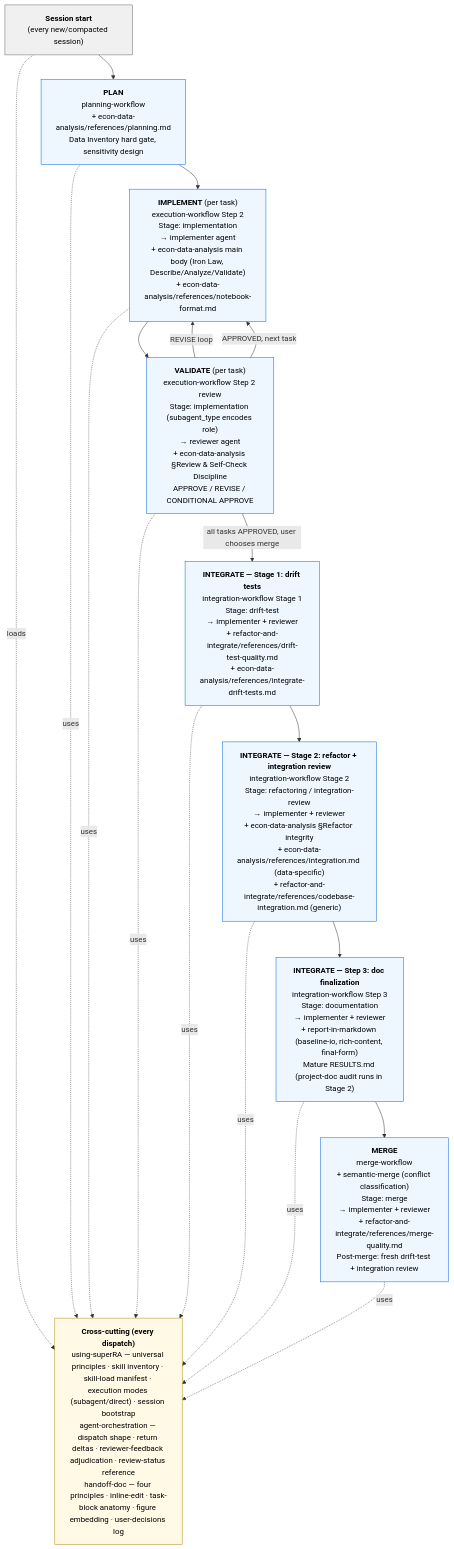
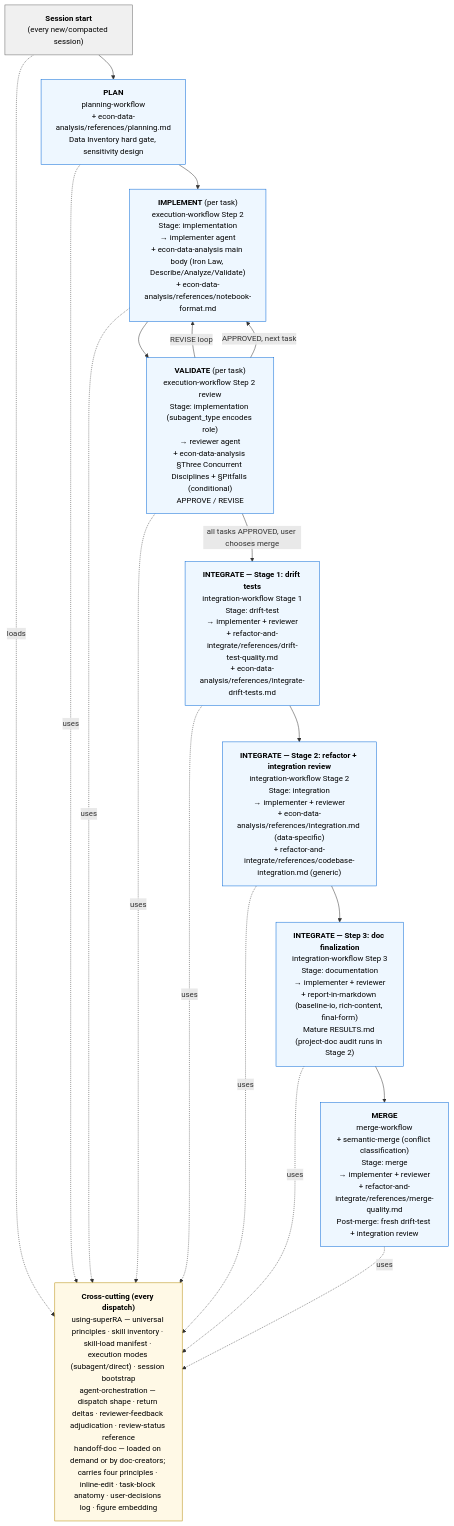
Before and after one commit to FuZhiyu/superRA: the diagram in README.md, drawn with Mermaid. The commit also changed other lines of this file and 15 other files, not shown here.

````diff
--- a/README.md
+++ b/README.md
@@ -49,45 +49,45 @@
 ```mermaid
 flowchart TB
     SESSION["<b>Session start</b><br/>(every new/compacted session)"]
     SESSION --> PLAN
 
     PLAN["<b>PLAN</b><br/>planning-workflow<br/>+ econ-data-analysis/references/planning.md<br/>Data Inventory hard gate, sensitivity design"]
     PLAN --> IMPL
 
     IMPL["<b>IMPLEMENT</b> (per task)<br/>execution-workflow Step 2<br/>Stage: implementation<br/>→ implementer agent<br/>+ econ-data-analysis main body (Iron Law, Describe/Analyze/Validate)<br/>+ econ-data-analysis/references/notebook-format.md"]
     IMPL --> VAL
 
-    VAL["<b>VALIDATE</b> (per task)<br/>execution-workflow Step 2 review<br/>Stage: implementation (subagent_type encodes role)<br/>→ reviewer agent<br/>+ econ-data-analysis §Review &amp; Self-Check Discipline<br/>APPROVE / REVISE / CONDITIONAL APPROVE"]
+    VAL["<b>VALIDATE</b> (per task)<br/>execution-workflow Step 2 review<br/>Stage: implementation (subagent_type encodes role)<br/>→ reviewer agent<br/>+ econ-data-analysis §Three Concurrent Disciplines + §Pitfalls (conditional)<br/>APPROVE / REVISE"]
     VAL -->|REVISE loop| IMPL
     VAL -->|APPROVED, next task| IMPL
     VAL -->|all tasks APPROVED, user chooses merge| INT1
 
     INT1["<b>INTEGRATE — Stage 1: drift tests</b><br/>integration-workflow Stage 1<br/>Stage: drift-test<br/>→ implementer + reviewer<br/>+ refactor-and-integrate/references/drift-test-quality.md<br/>+ econ-data-analysis/references/integrate-drift-tests.md"]
     INT1 --> INT2
 
-    INT2["<b>INTEGRATE — Stage 2: refactor + integration review</b><br/>integration-workflow Stage 2<br/>Stage: refactoring / integration-review<br/>→ implementer + reviewer<br/>+ econ-data-analysis §Refactor integrity<br/>+ econ-data-analysis/references/integration.md (data-specific)<br/>+ refactor-and-integrate/references/codebase-integration.md (generic)"]
+    INT2["<b>INTEGRATE — Stage 2: refactor + integration review</b><br/>integration-workflow Stage 2<br/>Stage: integration<br/>→ implementer + reviewer<br/>+ econ-data-analysis/references/integration.md (data-specific)<br/>+ refactor-and-integrate/references/codebase-integration.md (generic)"]
     INT2 --> INT3
 
     INT3["<b>INTEGRATE — Step 3: doc finalization</b><br/>integration-workflow Step 3<br/>Stage: documentation<br/>→ implementer + reviewer<br/>+ report-in-markdown (baseline-io, rich-content, final-form)<br/>Mature RESULTS.md (project-doc audit runs in Stage 2)"]
     INT3 --> MERGE
 
     MERGE["<b>MERGE</b><br/>merge-workflow<br/>+ semantic-merge (conflict classification)<br/>Stage: merge<br/>→ implementer + reviewer<br/>+ refactor-and-integrate/references/merge-quality.md<br/>Post-merge: fresh drift-test + integration review"]
 
-    CROSS["<b>Cross-cutting (every dispatch)</b><br/>using-superRA — universal principles · skill inventory · skill-load manifest · execution modes (subagent/direct) · session bootstrap<br/>agent-orchestration — dispatch shape · return deltas · reviewer-feedback adjudication · review-status reference<br/>handoff-doc — four principles · inline-edit · task-block anatomy · figure embedding · user-decisions log"]
+    CROSS["<b>Cross-cutting (every dispatch)</b><br/>using-superRA — universal principles · skill inventory · skill-load manifest · execution modes (subagent/direct) · session bootstrap<br/>agent-orchestration — dispatch shape · return deltas · reviewer-feedback adjudication · review-status reference<br/>handoff-doc — loaded on demand or by doc-creators; carries four principles · inline-edit · task-block anatomy · user-decisions log · figure embedding"]
 
     SESSION -.loads.-> CROSS
     PLAN -.uses.-> CROSS
     IMPL -.uses.-> CROSS
     VAL -.uses.-> CROSS
     INT1 -.uses.-> CROSS
     INT2 -.uses.-> CROSS
     INT3 -.uses.-> CROSS
     MERGE -.uses.-> CROSS
 
     classDef phase fill:#eef7ff,stroke:#0366d6,stroke-width:1px,color:#000
     classDef cross fill:#fff9e6,stroke:#b58900,stroke-width:1px,color:#000
     classDef session fill:#f0f0f0,stroke:#666,color:#000
     class PLAN,IMPL,VAL,INT1,INT2,INT3,MERGE phase
     class CROSS cross
     class SESSION session
 ```
````
